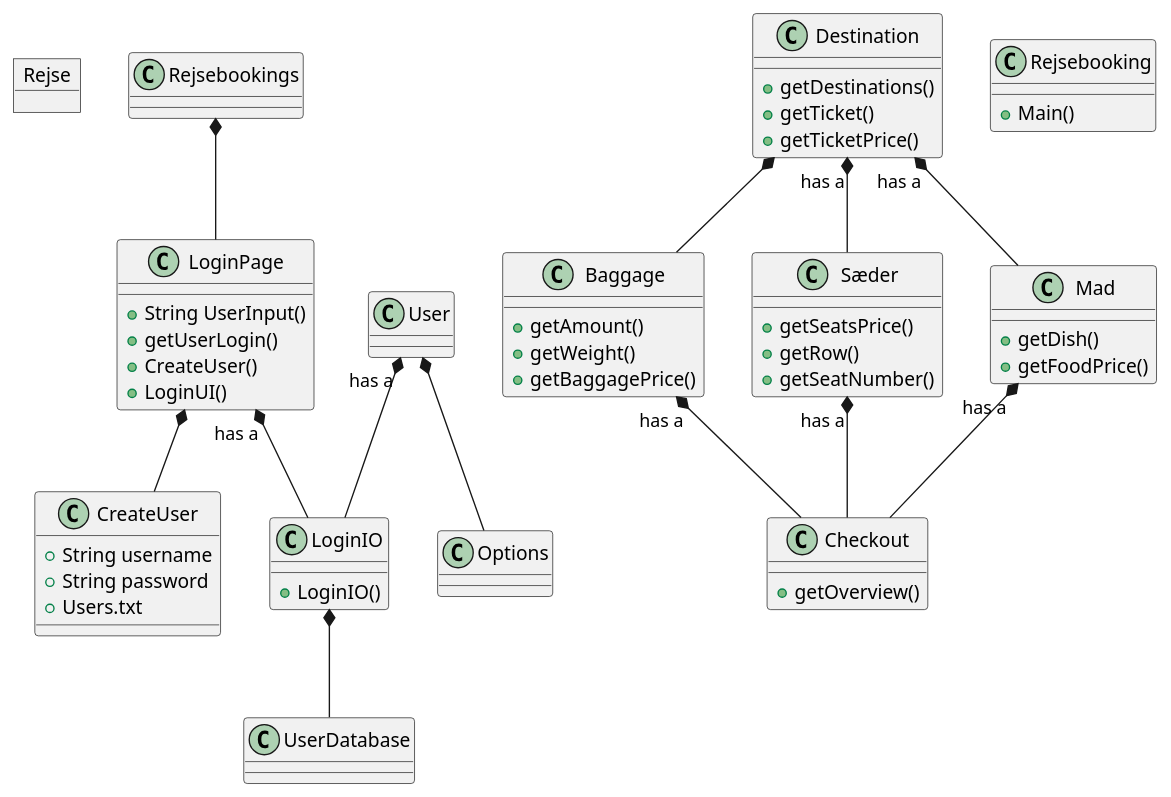
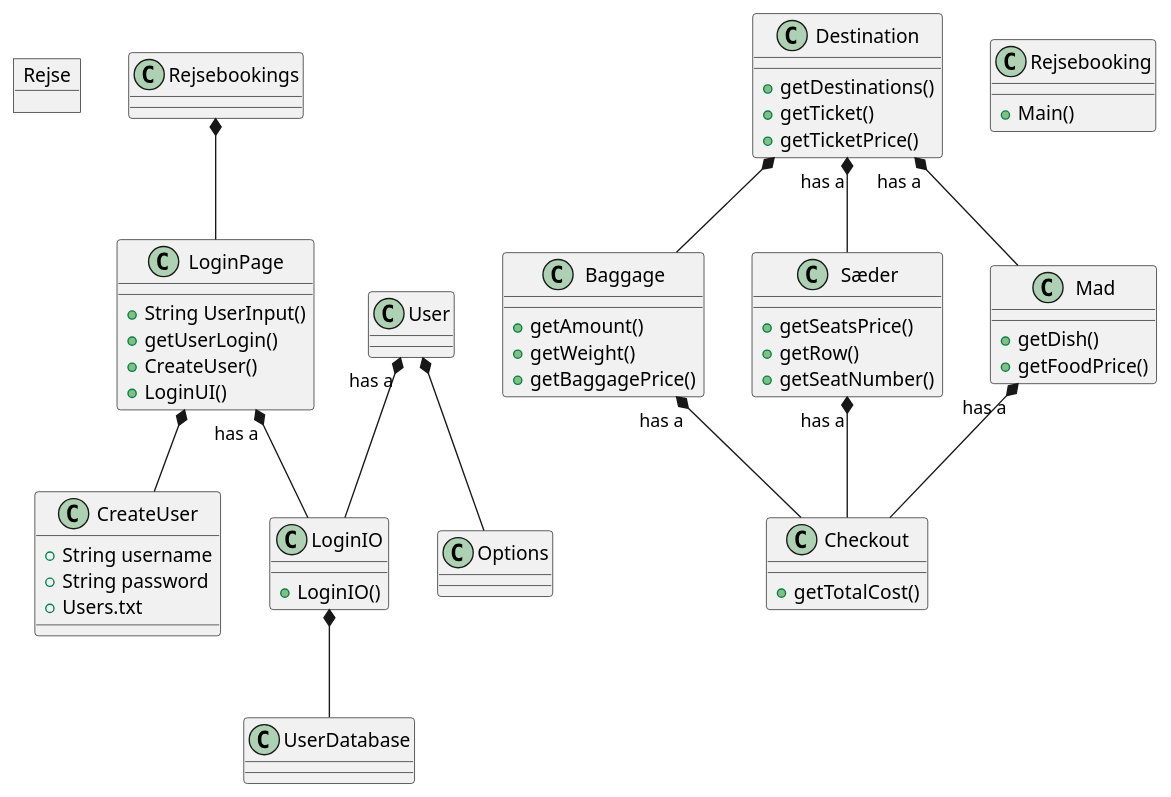
The diagram in Java/Rejse.puml (Maakasu/ICE-Project), drawn with PlantUML before and after one commit. The commit also changed 8 other files, not shown here.

```diff
--- a/Java/Rejse.puml
+++ b/Java/Rejse.puml
@@ -1,45 +1,45 @@
 @startuml
 'https://plantuml.com/sequence-diagram
 object Rejse
 
 Rejsebookings *-- LoginPage
 LoginPage *-- CreateUser
 LoginPage "has a" *-- LoginIO
 User "has a"*-- LoginIO
 User *-- Options
 
 Destination *-- Baggage
 Destination "has a" *-- Sæder
 Destination "has a" *-- Mad
 Sæder "has a" *-- Checkout
 Baggage "has a" *-- Checkout
 Mad "has a" *-- Checkout
 
 Rejsebooking : + Main()
 CreateUser : + String username
 CreateUser : + String password
 CreateUser : + Users.txt
 LoginPage : + String UserInput()
 LoginPage : + getUserLogin()
 LoginPage : + CreateUser()
 LoginPage : + LoginUI()
 LoginIO : + LoginIO()
 LoginIO *-- UserDatabase
 Destination : + getDestinations()
 Destination : + getTicket()
 Destination : + getTicketPrice()
 Baggage : + getAmount()
 Baggage : + getWeight()
 Baggage : + getBaggagePrice()
 Sæder : + getSeatsPrice()
 Sæder : + getRow()
 Sæder : + getSeatNumber()
 Mad : + getDish()
 Mad : + getFoodPrice()
-Checkout : + getOverview()
+Checkout : + getTotalCost()
 
 
 
 
 
 @enduml
```
